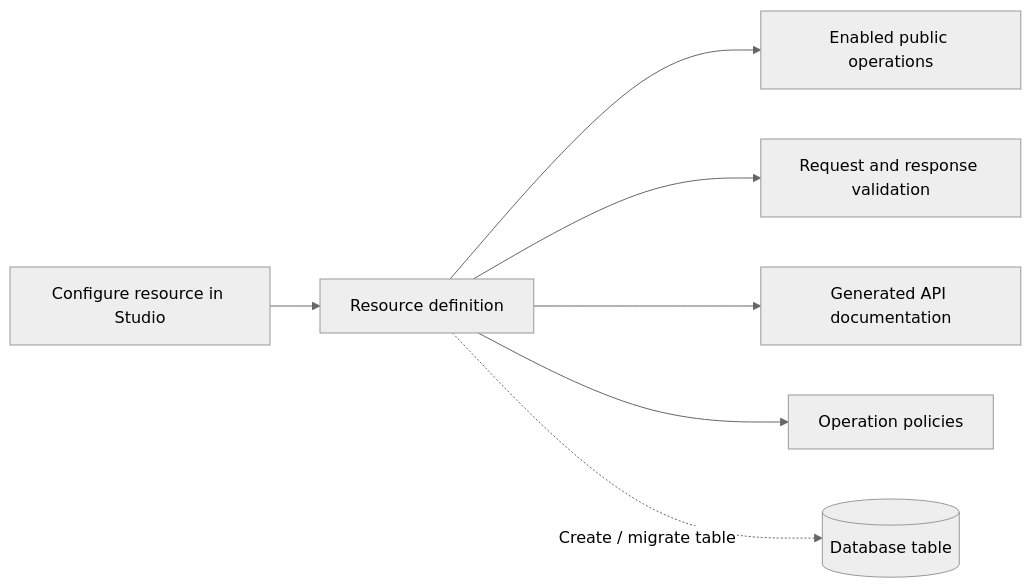
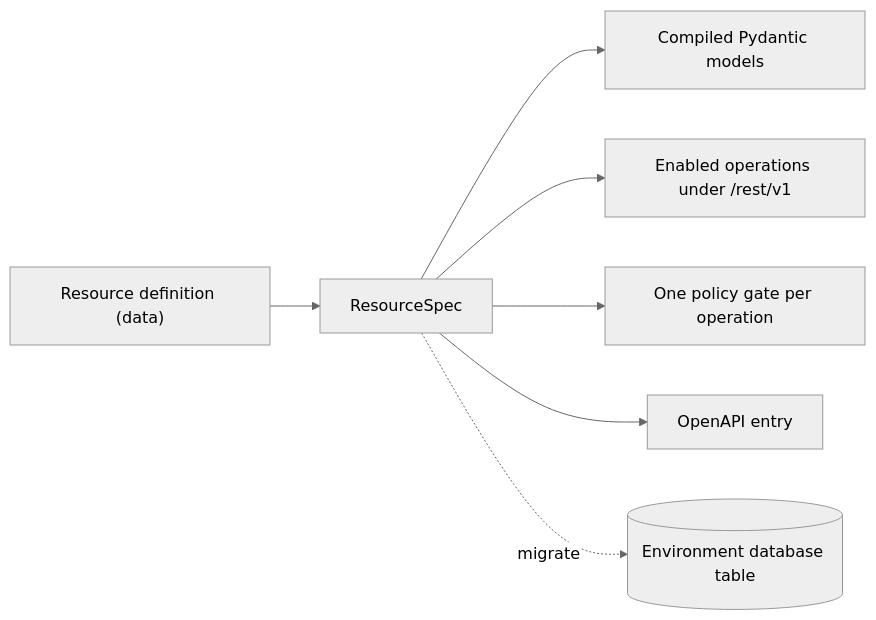
One commit to sillohq/pawabase changed the first of 6 diagrams in apps/docs/data/resources.mdx. Above: the diagram before and after it, drawn with Mermaid (neutral theme). The commit also changed other lines of this file and 26 other files, not shown here.

First line of the commit message:
docs(docs): overhaul documentation with mental models and technical depth

````diff
--- a/apps/docs/data/resources.mdx
+++ b/apps/docs/data/resources.mdx
@@ -17,9 +13,9 @@
 ```mermaid
 flowchart LR
-    studio["Configure resource in Studio"] --> resource["Resource definition"]
-    resource --> routes["Enabled public operations"]
-    resource --> validation["Request and response validation"]
-    resource --> docs["Generated API documentation"]
-    resource --> policies["Operation policies"]
-    resource -.->|Create / migrate table| table[("Database table")]
+    def["Resource definition (data)"] --> spec["ResourceSpec"]
+    spec --> models["Compiled Pydantic models"]
+    spec --> routes["Enabled operations under /rest/v1"]
+    spec --> gate["One policy gate per operation"]
+    spec --> docs["OpenAPI entry"]
+    spec -.->|migrate| tbl[("Environment database table")]
 ```
````
